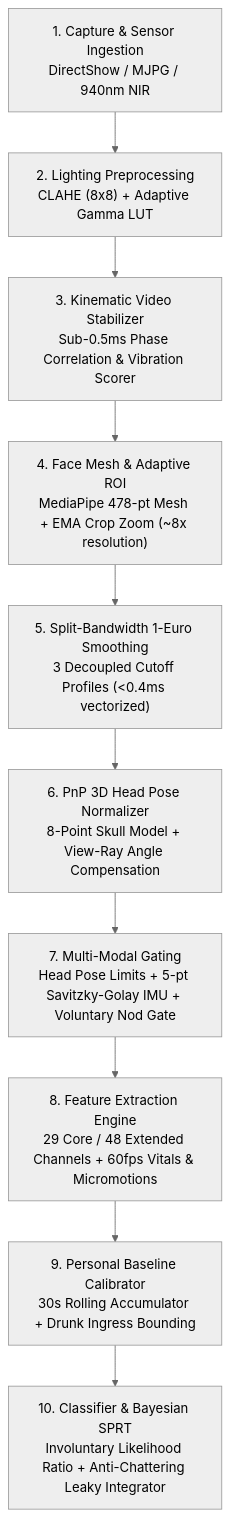
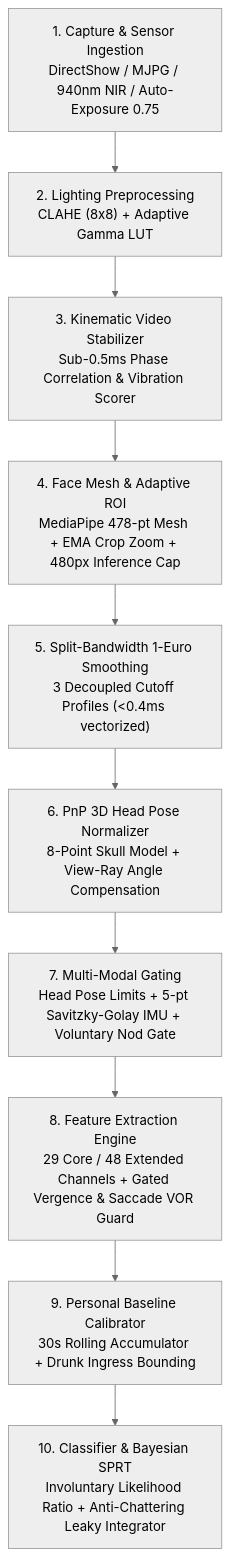
Before and after one commit to Thanos3541R/The_Overclocked: the diagram in README.md, drawn with Mermaid (neutral theme). The commit also changed other lines of this file, not shown here.

````diff
--- a/README.md
+++ b/README.md
@@ -146,12 +157,12 @@
 ```mermaid
 flowchart TD
-    A["1. Capture & Sensor Ingestion\nDirectShow / MJPG / 940nm NIR"] --> B["2. Lighting Preprocessing\nCLAHE (8x8) + Adaptive Gamma LUT"]
+    A["1. Capture & Sensor Ingestion\nDirectShow / MJPG / 940nm NIR / Auto-Exposure 0.75"] --> B["2. Lighting Preprocessing\nCLAHE (8x8) + Adaptive Gamma LUT"]
     B --> C["3. Kinematic Video Stabilizer\nSub-0.5ms Phase Correlation & Vibration Scorer"]
-    C --> D["4. Face Mesh & Adaptive ROI\nMediaPipe 478-pt Mesh + EMA Crop Zoom (~8x resolution)"]
+    C --> D["4. Face Mesh & Adaptive ROI\nMediaPipe 478-pt Mesh + EMA Crop Zoom + 480px Inference Cap"]
     D --> E["5. Split-Bandwidth 1-Euro Smoothing\n3 Decoupled Cutoff Profiles (<0.4ms vectorized)"]
     E --> F["6. PnP 3D Head Pose Normalizer\n8-Point Skull Model + View-Ray Angle Compensation"]
     F --> G["7. Multi-Modal Gating\nHead Pose Limits + 5-pt Savitzky-Golay IMU + Voluntary Nod Gate"]
-    G --> H["8. Feature Extraction Engine\n29 Core / 48 Extended Channels + 60fps Vitals & Micromotions"]
+    G --> H["8. Feature Extraction Engine\n29 Core / 48 Extended Channels + Gated Vergence & Saccade VOR Guard"]
     H --> I["9. Personal Baseline Calibrator\n30s Rolling Accumulator + Drunk Ingress Bounding"]
     I --> J["10. Classifier & Bayesian SPRT\nInvoluntary Likelihood Ratio + Anti-Chattering Leaky Integrator"]
 ```
````
